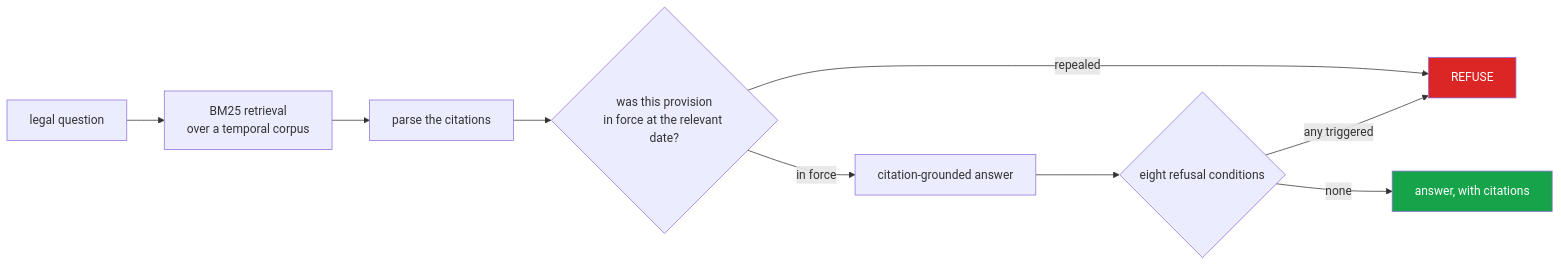
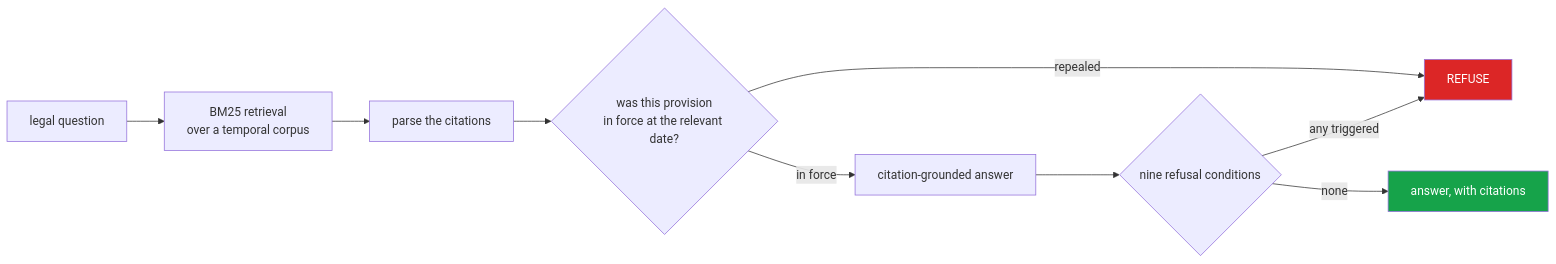
The diagram in README.md (hammasbuilds/pak-law-assistant), drawn with Mermaid before and after one commit. The commit also changed other lines of this file and 8 other files, not shown here.

````diff
--- a/README.md
+++ b/README.md
@@ -56,14 +56,14 @@
 ```mermaid
 flowchart LR
     Q["legal question"] --> R["BM25 retrieval<br/>over a temporal corpus"]
     R --> C["parse the citations"]
     C --> T{"was this provision<br/>in force at the relevant date?"}
     T -->|"repealed"| X["REFUSE"]
     T -->|"in force"| G["citation-grounded answer"]
-    G --> F{"eight refusal conditions"}
+    G --> F{"nine refusal conditions"}
     F -->|"any triggered"| X
     F -->|"none"| A["answer, with citations"]
 
     style X fill:#dc2626,color:#fff
     style A fill:#16a34a,color:#fff
 ```
````
